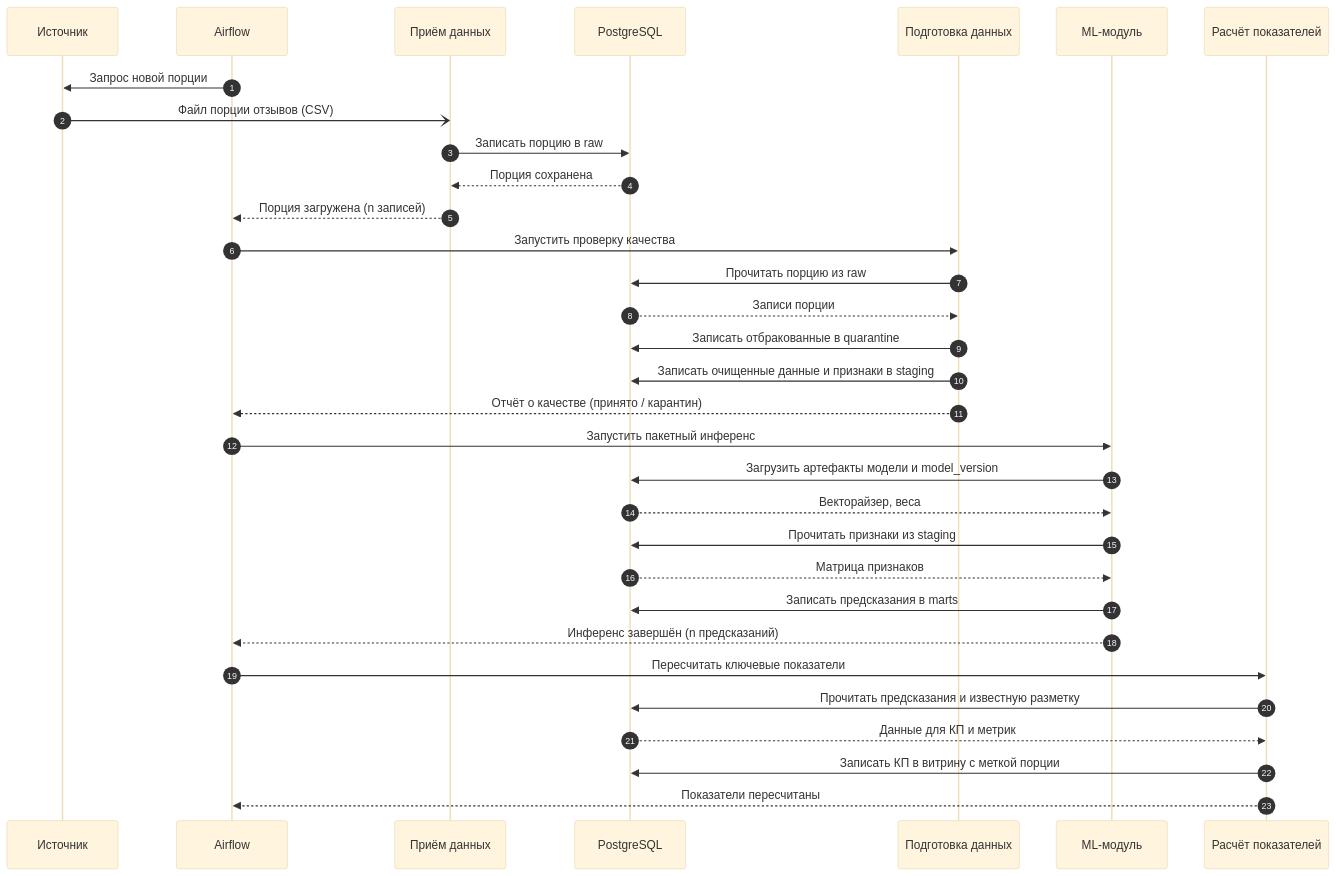
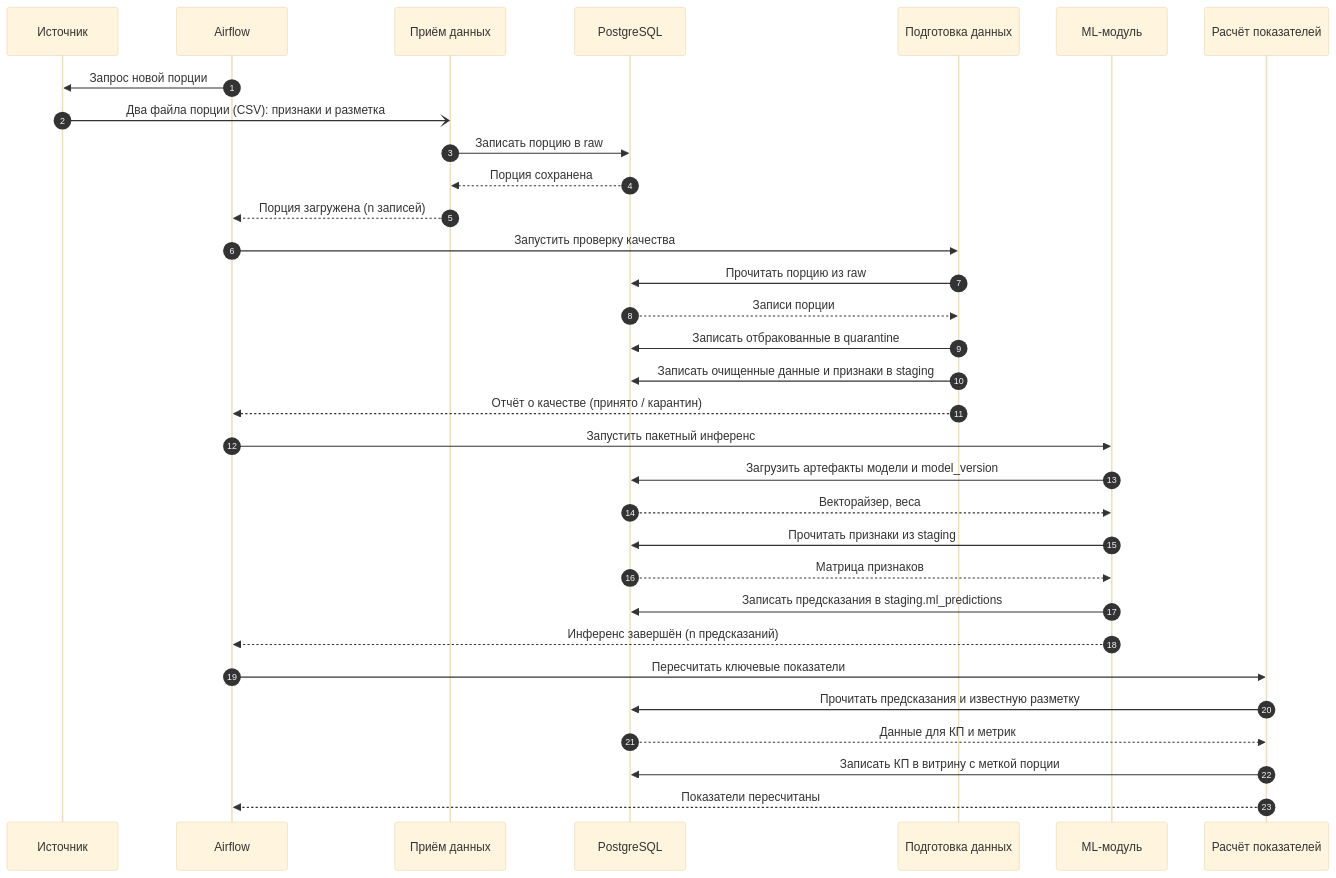
One commit to NuAsuka/bank-customer-satisfaction-ml-system changed the diagram in reports/Разработка системы анализа удовлетворённости клиентов банка методами машинного обучения.md. Above: the diagram before and after it, drawn with Mermaid (base theme). The commit also changed other lines of this file and 3 other files, not shown here.

````diff
--- a/reports/Разработка системы анализа удовлетворённости клиентов банка методами машинного обучения.md
+++ b/reports/Разработка системы анализа удовлетворённости клиентов банка методами машинного обучения.md
@@ -129,38 +130,38 @@
 ```mermaid
 sequenceDiagram
     autonumber
     participant SRC as Источник
     participant AF as Airflow
     participant ING as Приём данных
     participant DB as PostgreSQL
     participant PREP as Подготовка данных
     participant ML as ML-модуль
     participant KPI as Расчёт показателей
 
     AF->>SRC: Запрос новой порции
-    SRC-)ING: Файл порции отзывов (CSV)
+    SRC-)ING: Два файла порции (CSV): признаки и разметка
     ING->>DB: Записать порцию в raw
     DB-->>ING: Порция сохранена
     ING-->>AF: Порция загружена (n записей)
 
     AF->>PREP: Запустить проверку качества
     PREP->>DB: Прочитать порцию из raw
     DB-->>PREP: Записи порции
     PREP->>DB: Записать отбракованные в quarantine
     PREP->>DB: Записать очищенные данные и признаки в staging
     PREP-->>AF: Отчёт о качестве (принято / карантин)
 
     AF->>ML: Запустить пакетный инференс
     ML->>DB: Загрузить артефакты модели и model_version
     DB-->>ML: Векторайзер, веса
     ML->>DB: Прочитать признаки из staging
     DB-->>ML: Матрица признаков
-    ML->>DB: Записать предсказания в marts
+    ML->>DB: Записать предсказания в staging.ml_predictions
     ML-->>AF: Инференс завершён (n предсказаний)
 
     AF->>KPI: Пересчитать ключевые показатели
     KPI->>DB: Прочитать предсказания и известную разметку
     DB-->>KPI: Данные для КП и метрик
     KPI->>DB: Записать КП в витрину с меткой порции
     KPI-->>AF: Показатели пересчитаны
 ```
````
